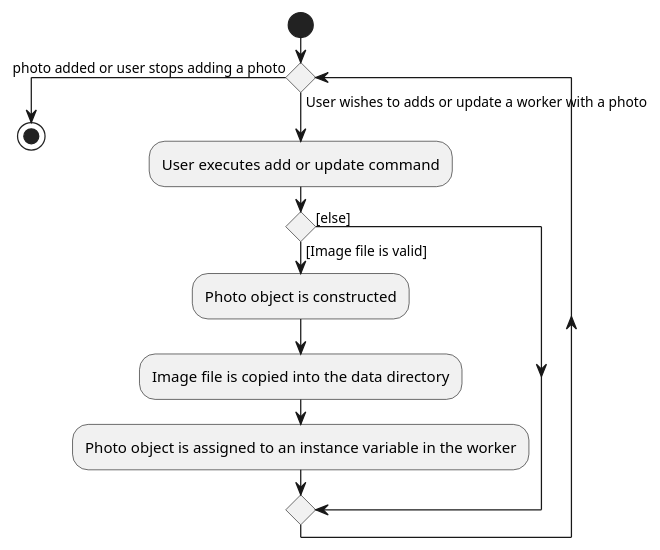
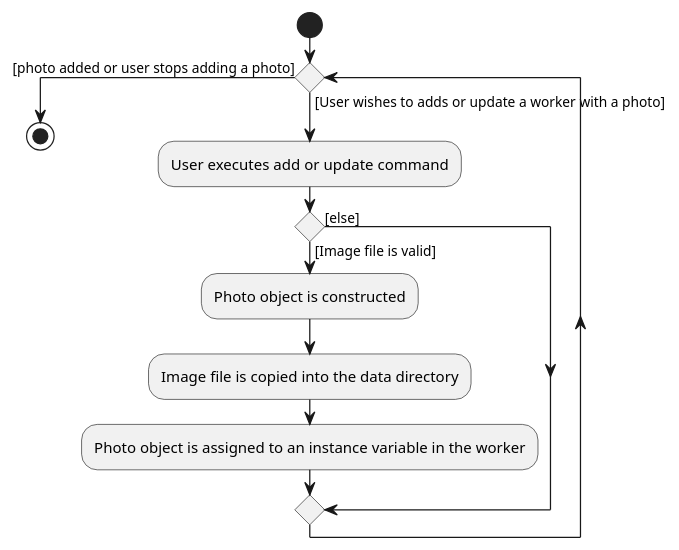
One commit to nus-cs2103-AY1920S1/addressbook-level3 changed the diagram in docs/diagrams/PhotoActivityDiagram.puml. Above: the diagram before and after it, drawn with PlantUML. The commit also changed 4 other files, not shown here.

```diff
--- a/docs/diagrams/PhotoActivityDiagram.puml
+++ b/docs/diagrams/PhotoActivityDiagram.puml
@@ -1,19 +1,19 @@
 @startuml
 start
 
 
-while () is (User wishes to adds or update a worker with a photo)
+while () is ([User wishes to adds or update a worker with a photo])
     :User executes add or update command;
 
 'Since the beta syntax does not support placing the condition outside the
 'diamond we place it as the true branch instead.
 
 if () then ([Image file is valid])
     :Photo object is constructed;
     :Image file is copied into the data directory;
     :Photo object is assigned to an instance variable in the worker;
 else ([else])
 endif
-endwhile (photo added or user stops adding a photo)
+endwhile ([photo added or user stops adding a photo])
 stop
 @enduml
```
